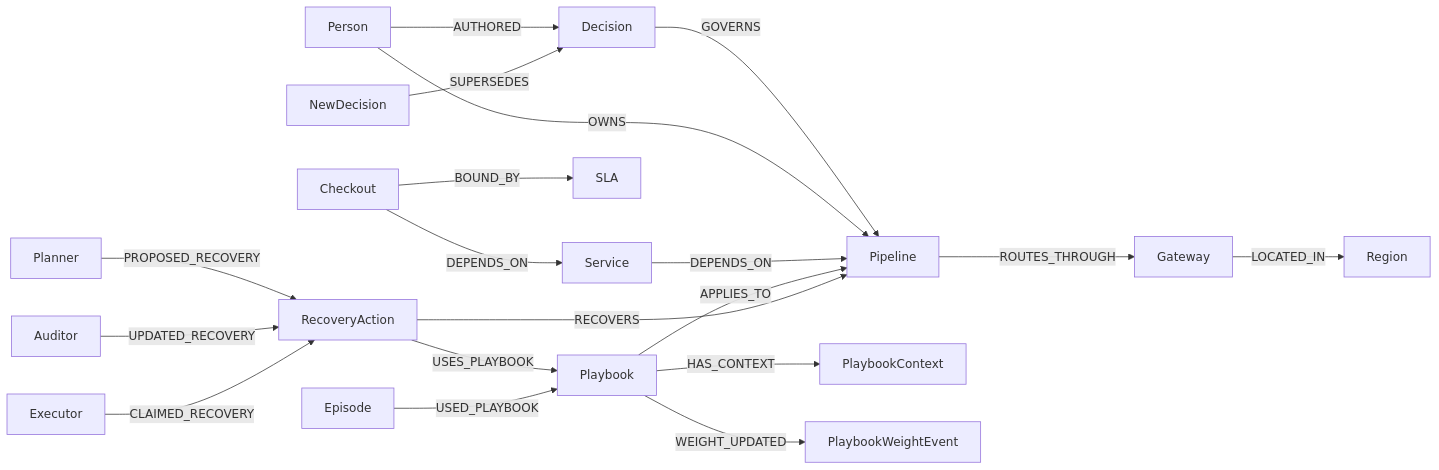
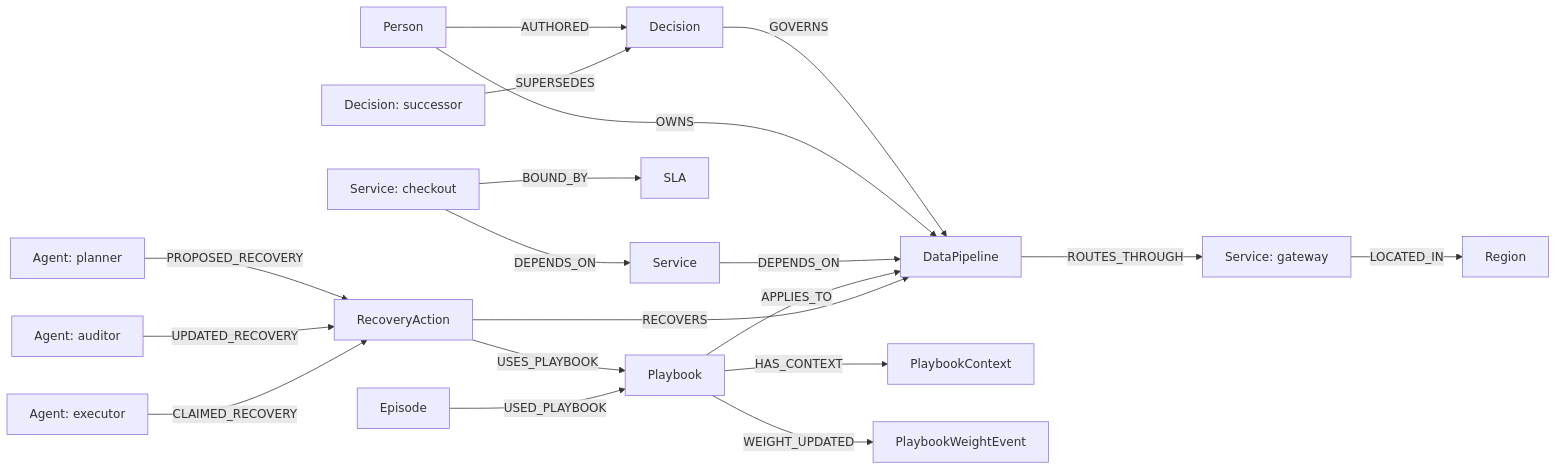
One commit to umar-test-projects/Aegis-0 changed the diagram in README.md. Above: the diagram before and after it, drawn with Mermaid. The commit also changed other lines of this file and 12 other files, not shown here.

````diff
--- a/README.md
+++ b/README.md
@@ -83,21 +92,21 @@
 ```mermaid
 graph LR
     Person -->|AUTHORED| Decision
-    NewDecision -->|SUPERSEDES| Decision
-    Decision -->|GOVERNS| Pipeline
+    NewDecision[Decision: successor] -->|SUPERSEDES| Decision
+    Decision -->|GOVERNS| Pipeline[DataPipeline]
     Person -->|OWNS| Pipeline
     Service -->|DEPENDS_ON| Pipeline
-    Checkout -->|DEPENDS_ON| Service
+    Checkout[Service: checkout] -->|DEPENDS_ON| Service
     Checkout -->|BOUND_BY| SLA
-    Pipeline -->|ROUTES_THROUGH| Gateway
+    Pipeline -->|ROUTES_THROUGH| Gateway[Service: gateway]
     Gateway -->|LOCATED_IN| Region
     Playbook -->|APPLIES_TO| Pipeline
-    Planner -->|PROPOSED_RECOVERY| RecoveryAction
-    Auditor -->|UPDATED_RECOVERY| RecoveryAction
-    Executor -->|CLAIMED_RECOVERY| RecoveryAction
+    Planner[Agent: planner] -->|PROPOSED_RECOVERY| RecoveryAction
+    Auditor[Agent: auditor] -->|UPDATED_RECOVERY| RecoveryAction
+    Executor[Agent: executor] -->|CLAIMED_RECOVERY| RecoveryAction
     RecoveryAction -->|USES_PLAYBOOK| Playbook
     RecoveryAction -->|RECOVERS| Pipeline
     Episode -->|USED_PLAYBOOK| Playbook
     Playbook -->|HAS_CONTEXT| PlaybookContext
     Playbook -->|WEIGHT_UPDATED| PlaybookWeightEvent
 ```
````
